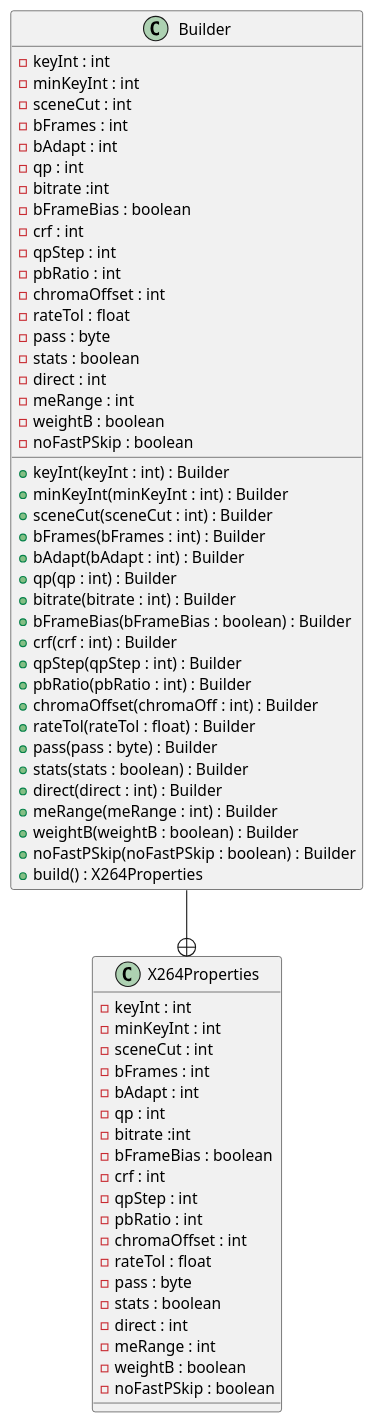
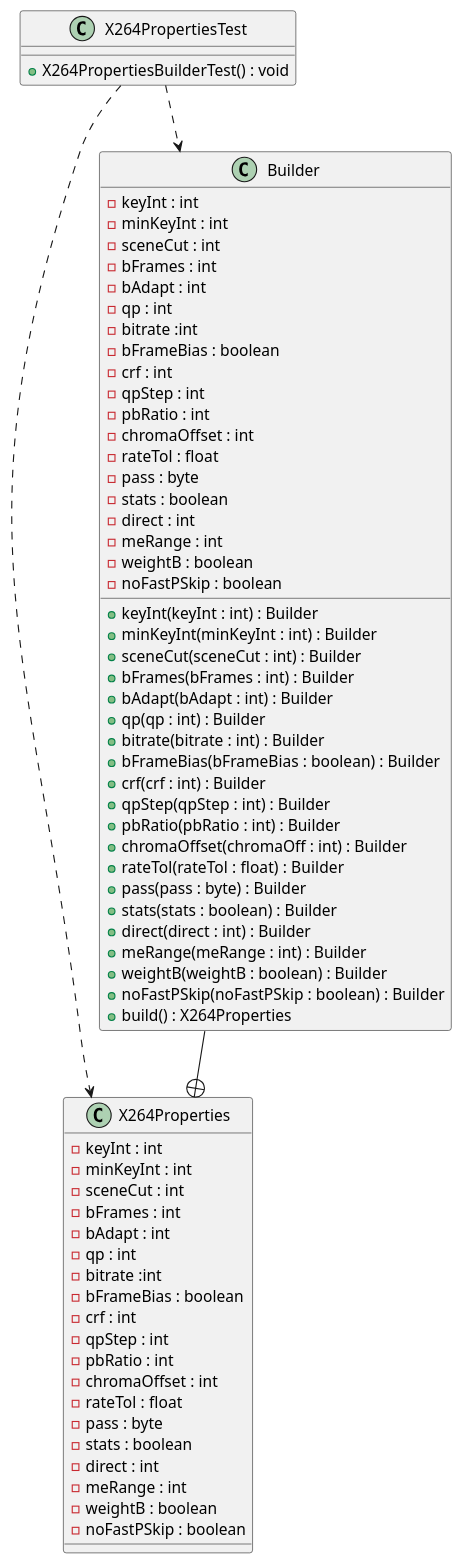
One commit to reza-hdrm/DesignPatterns changed the diagram in src/main/java/com/rezahdrm/creational/builder/builderUML.puml. Above: the diagram before and after it, drawn with PlantUML. The commit also changed 37 other files, not shown here.

```diff
--- a/src/main/java/com/rezahdrm/creational/builder/builderUML.puml
+++ b/src/main/java/com/rezahdrm/creational/builder/builderUML.puml
@@ -1,69 +1,77 @@
 @startuml
 
 class X264Properties{
 	- keyInt : int
 	- minKeyInt : int
 	- sceneCut : int
 	- bFrames : int
 	- bAdapt : int
 	- qp : int
 	- bitrate :int
 	- bFrameBias : boolean
 	- crf : int
 	- qpStep : int
 	- pbRatio : int
 	- chromaOffset : int
 	- rateTol : float
 	- pass : byte
 	- stats : boolean
 	- direct : int
 	- meRange : int
 	- weightB : boolean
 	- noFastPSkip : boolean
 }
 
 class Builder{
 	- keyInt : int
 	- minKeyInt : int
 	- sceneCut : int
 	- bFrames : int
 	- bAdapt : int
 	- qp : int
 	- bitrate :int
 	- bFrameBias : boolean
 	- crf : int
 	- qpStep : int
 	- pbRatio : int
 	- chromaOffset : int
 	- rateTol : float
 	- pass : byte
 	- stats : boolean
 	- direct : int
 	- meRange : int
 	- weightB : boolean
 	- noFastPSkip : boolean
   
 	+ keyInt(keyInt : int) : Builder  
 	+ minKeyInt(minKeyInt : int) : Builder  
 	+ sceneCut(sceneCut : int) : Builder  
 	+ bFrames(bFrames : int) : Builder  
 	+ bAdapt(bAdapt : int) : Builder  
 	+ qp(qp : int) : Builder  
 	+ bitrate(bitrate : int) : Builder  
 	+ bFrameBias(bFrameBias : boolean) : Builder  
 	+ crf(crf : int) : Builder  
 	+ qpStep(qpStep : int) : Builder  
 	+ pbRatio(pbRatio : int) : Builder  
 	+ chromaOffset(chromaOff : int) : Builder  
 	+ rateTol(rateTol : float) : Builder  
 	+ pass(pass : byte) : Builder  
 	+ stats(stats : boolean) : Builder  
 	+ direct(direct : int) : Builder  
 	+ meRange(meRange : int) : Builder  
 	+ weightB(weightB : boolean) : Builder  
 	+ noFastPSkip(noFastPSkip : boolean) : Builder
 	+ build() : X264Properties
 }
 
+class X264PropertiesTest {
+    + X264PropertiesBuilderTest() : void
+}
+
 Builder --+ X264Properties
+X264PropertiesTest ..> X264Properties
+X264PropertiesTest ..> Builder
+
+
 @enduml
```
